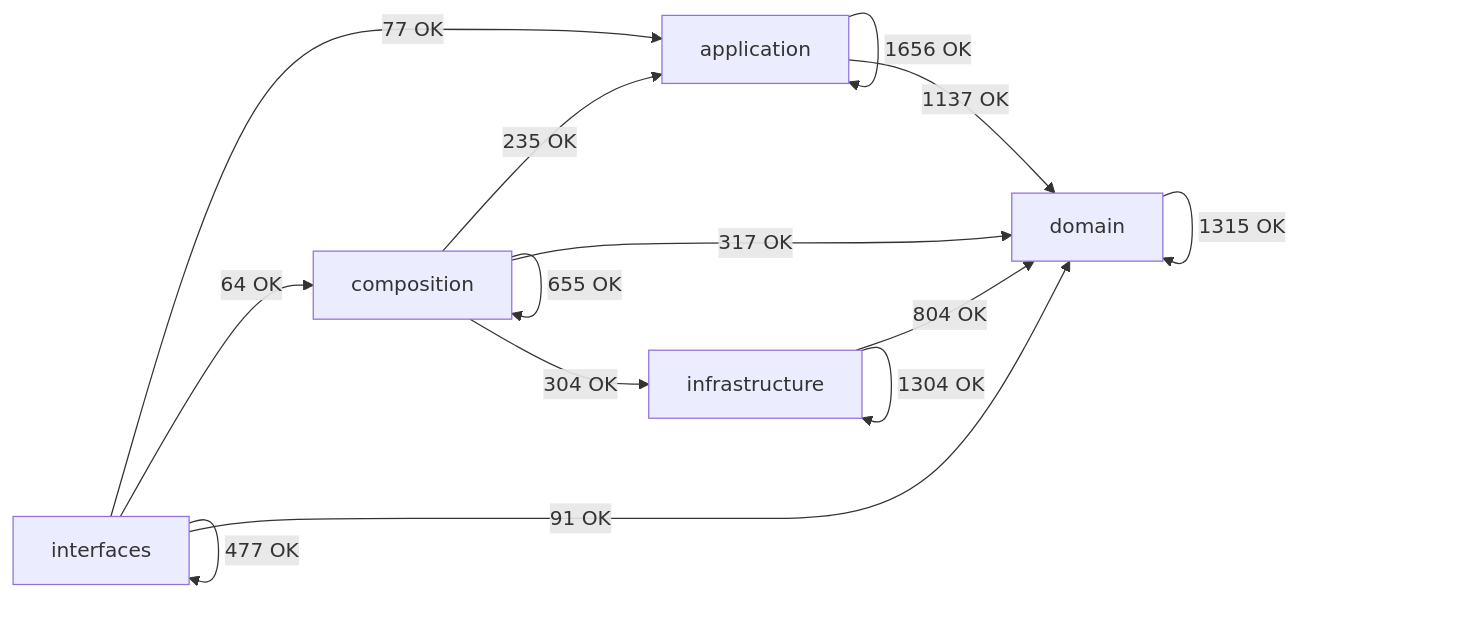
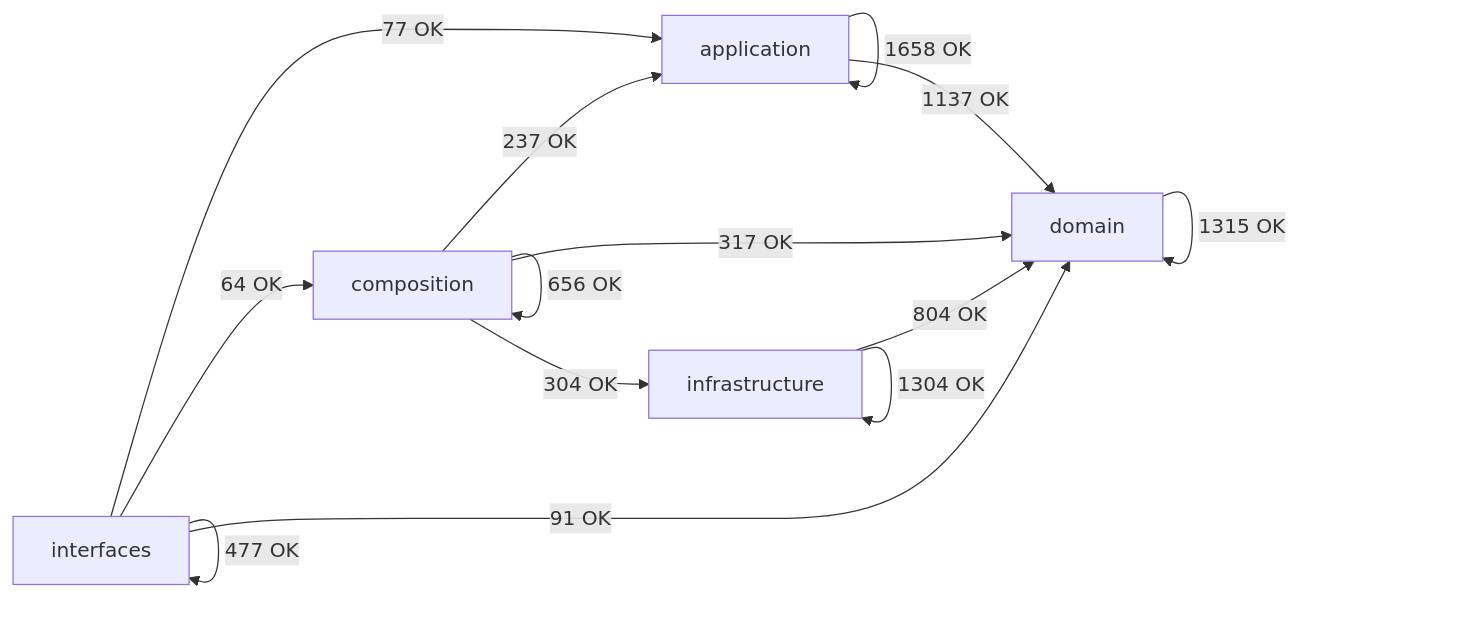
One commit to SatoryKono/BioactivityDataAcquisition changed the diagram in docs/02-architecture/generated/module-dependency-map.md. Above: the diagram before and after it, drawn with Mermaid. The commit also changed other lines of this file and 1 other file, not shown here.

First line of the commit message:
chore(docs): refresh architecture dependency map fingerprint

````diff
--- a/docs/02-architecture/generated/module-dependency-map.md
+++ b/docs/02-architecture/generated/module-dependency-map.md
@@ -17,21 +17,21 @@
 ```mermaid
 flowchart LR
     domain[domain]
     application[application]
     infrastructure[infrastructure]
     composition[composition]
     interfaces[interfaces]
-    application -->|1656 OK| application
+    application -->|1658 OK| application
     application -->|1137 OK| domain
-    composition -->|235 OK| application
-    composition -->|655 OK| composition
+    composition -->|237 OK| application
+    composition -->|656 OK| composition
     composition -->|317 OK| domain
     composition -->|304 OK| infrastructure
     domain -->|1315 OK| domain
     infrastructure -->|804 OK| domain
     infrastructure -->|1304 OK| infrastructure
     interfaces -->|77 OK| application
     interfaces -->|64 OK| composition
     interfaces -->|91 OK| domain
     interfaces -->|477 OK| interfaces
 ```
````
